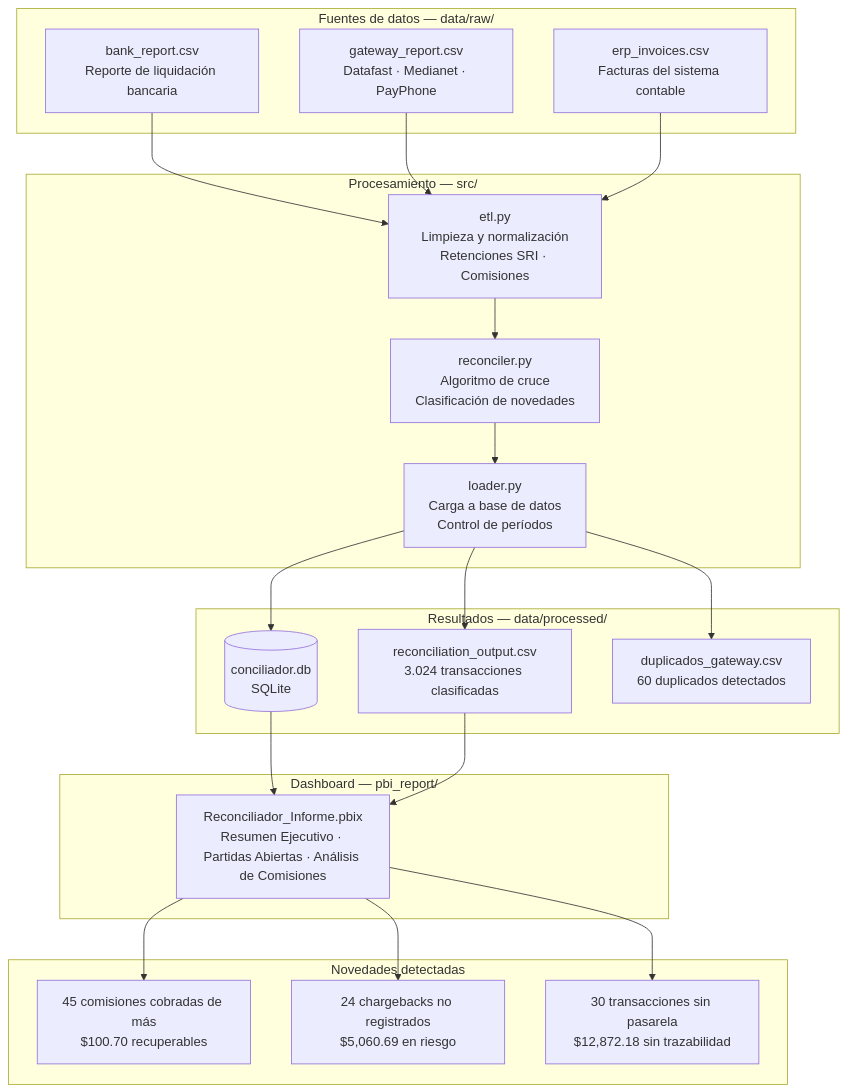
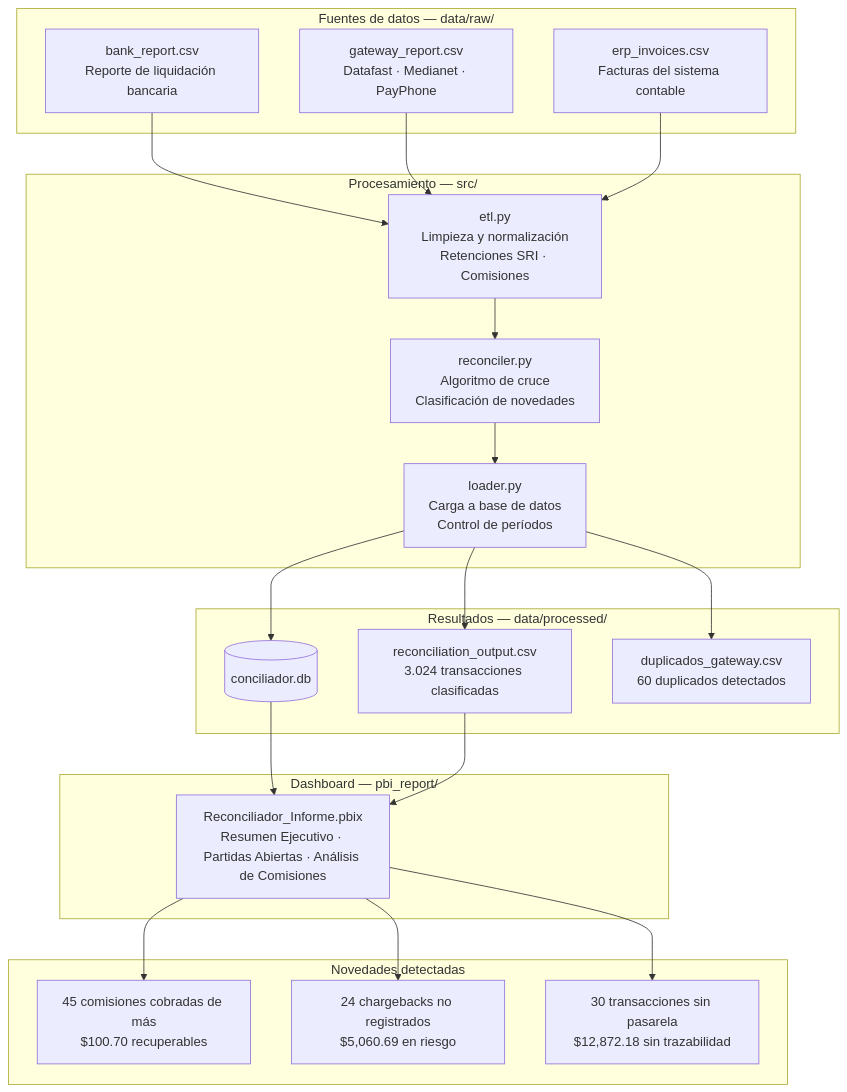
One commit to Fabricio-BI/Payment-Reconcilier changed the diagram in Readme.md. Above: the diagram before and after it, drawn with Mermaid. The commit also changed other lines of this file and 2 other files, not shown here.

````diff
--- a/Readme.md
+++ b/Readme.md
@@ -34,44 +34,44 @@
 ```mermaid
 flowchart TD
     subgraph FUENTES["Fuentes de datos — data/raw/"]
         A["bank_report.csv\nReporte de liquidación bancaria"]
         B["gateway_report.csv\nDatafast · Medianet · PayPhone"]
         C["erp_invoices.csv\nFacturas del sistema contable"]
     end
-
+ 
     subgraph ETL["Procesamiento — src/"]
         D["etl.py\nLimpieza y normalización\nRetenciones SRI · Comisiones"]
         E["reconciler.py\nAlgoritmo de cruce\nClasificación de novedades"]
         F["loader.py\nCarga a base de datos\nControl de períodos"]
     end
-
+ 
     subgraph DB["Resultados — data/processed/"]
-        G[("conciliador.db\nSQLite")]
+        G[("conciliador.db")]
         H["reconciliation_output.csv\n3.024 transacciones clasificadas"]
         I["duplicados_gateway.csv\n60 duplicados detectados"]
     end
-
+ 
     subgraph DASHBOARD["Dashboard — pbi_report/"]
         J["Reconciliador_Informe.pbix\nResumen Ejecutivo · Partidas Abiertas · Análisis de Comisiones"]
     end
-
+ 
     subgraph RESULTADO["Novedades detectadas"]
         K["45 comisiones cobradas de más\n$100.70 recuperables"]
         L["24 chargebacks no registrados\n$5,060.69 en riesgo"]
         M["30 transacciones sin pasarela\n$12,872.18 sin trazabilidad"]
     end
-
+ 
     A --> D
     B --> D
     C --> D
     D --> E
     E --> F
     F --> G
     F --> H
     F --> I
     G --> J
     H --> J
     J --> K
     J --> L
     J --> M
 ```
````
